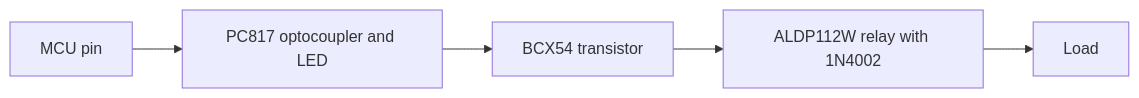
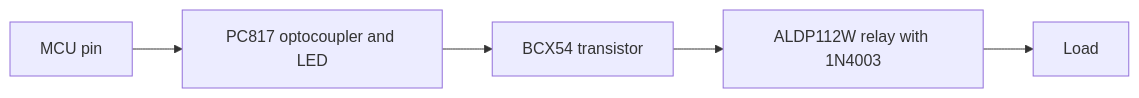
One commit to meyubcan/stm32-4s-bms-home-automation changed the sixth of 6 diagrams in README.md. Above: the diagram before and after it, drawn with Mermaid. The commit also changed other lines of this file and 6 other files, not shown here.

````diff
--- a/README.md
+++ b/README.md
@@ -166,4 +178,4 @@
 ```mermaid
 flowchart LR
-    P[MCU pin] --> OK[PC817 optocoupler and LED] --> T[BCX54 transistor] --> K[ALDP112W relay with 1N4002] --> Y[Load]
+    P[MCU pin] --> OK[PC817 optocoupler and LED] --> T[BCX54 transistor] --> K[ALDP112W relay with 1N4003] --> Y[Load]
 ```
````
